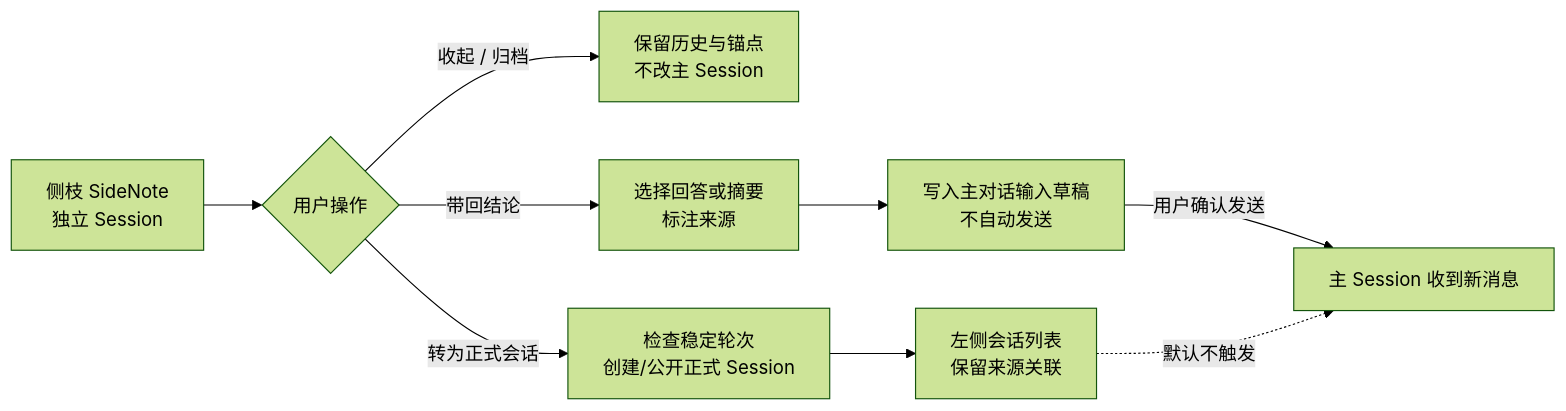
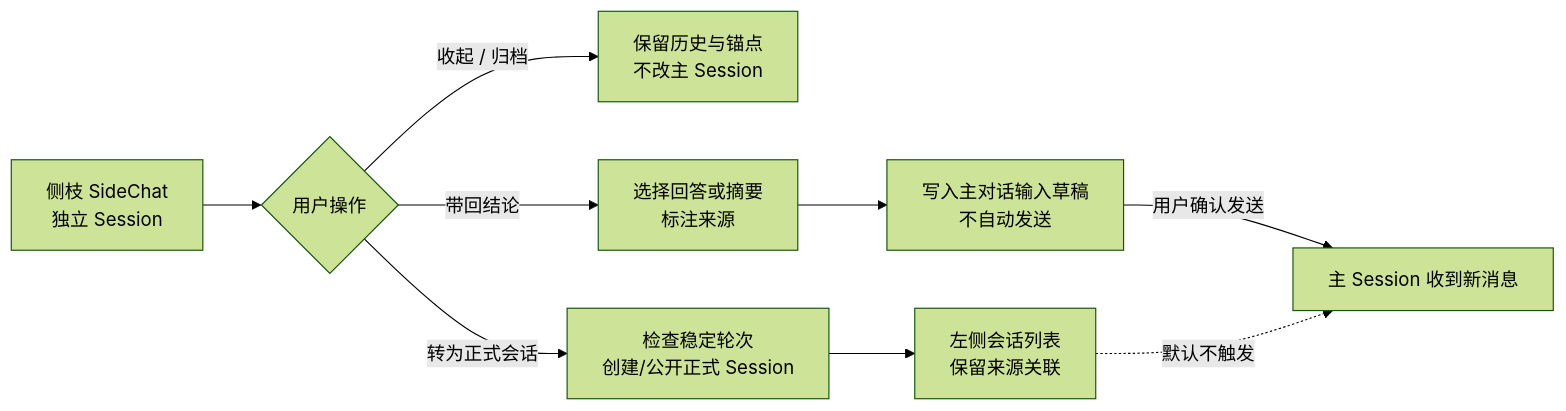
One commit to NoName4Me/dsh-sidenotes changed the third of 4 diagrams in docs/design.md. Above: the diagram before and after it, drawn with Mermaid (forest theme). The commit also changed other lines of this file and 48 other files, not shown here.

````diff
--- a/docs/design.md
+++ b/docs/design.md
@@ -209,13 +209,13 @@
 ```mermaid
 flowchart LR
-  NOTE["侧枝 SideNote<br/>独立 Session"]
+  NOTE["侧枝 SideChat<br/>独立 Session"]
   CHOICE{"用户操作"}
   NOTE --> CHOICE
   CHOICE -->|"收起 / 归档"| KEEP["保留历史与锚点<br/>不改主 Session"]
   CHOICE -->|"转为正式会话"| PROMOTE["检查稳定轮次<br/>创建/公开正式 Session"]
   PROMOTE --> LEFT["左侧会话列表<br/>保留来源关联"]
   CHOICE -->|"带回结论"| QUOTE["选择回答或摘要<br/>标注来源"]
   QUOTE --> DRAFT2["写入主对话输入草稿<br/>不自动发送"]
   DRAFT2 -->|"用户确认发送"| MAIN2["主 Session 收到新消息"]
   LEFT -. "默认不触发" .-> MAIN2
 ```
````
